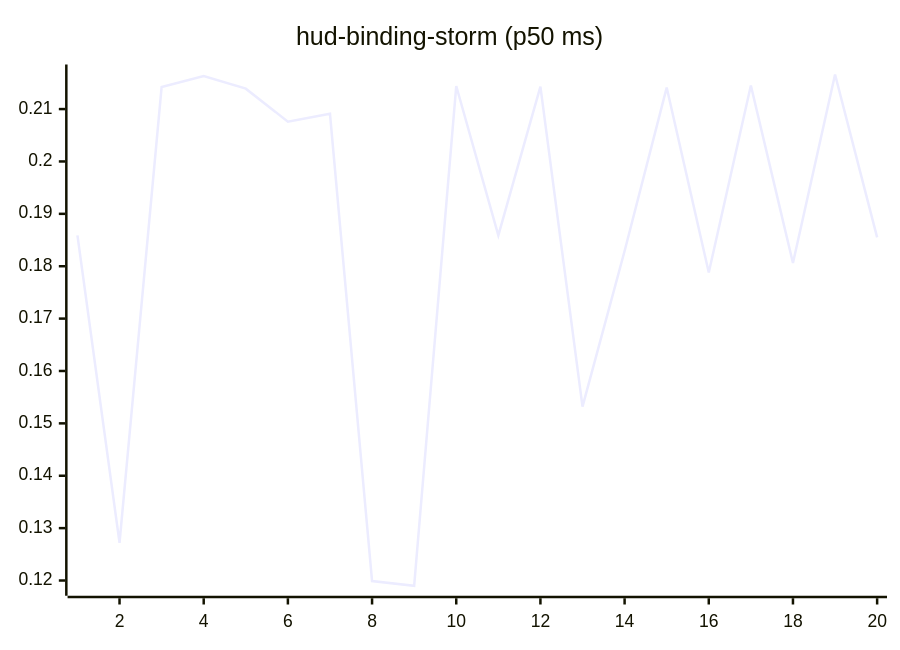
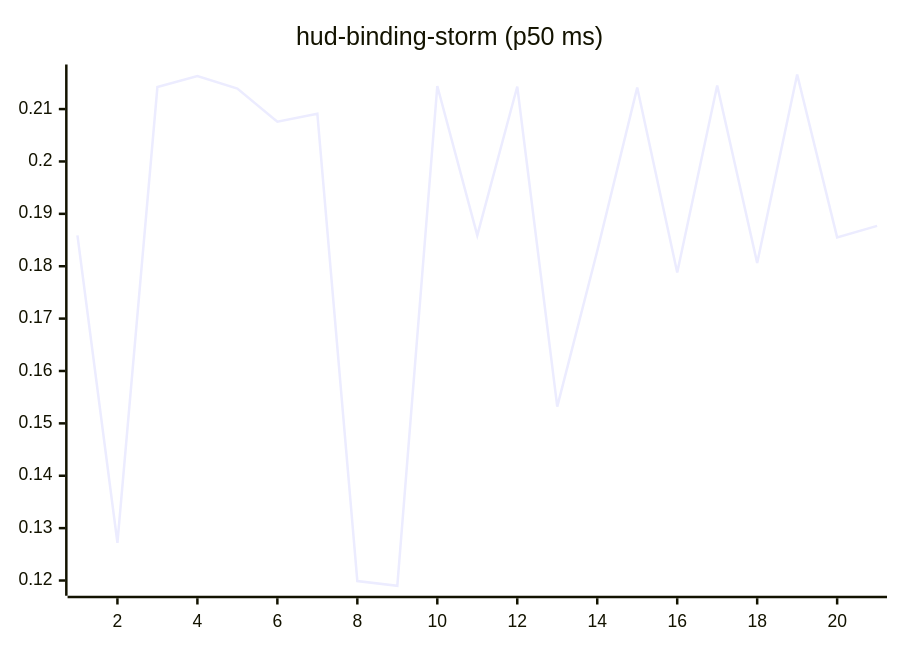
Before and after one commit to josha/Facet: the tenth of 27 diagrams in README.md, drawn with Mermaid. The commit also changed other lines of this file and 2 other files, not shown here.

````diff
--- a/README.md
+++ b/README.md
@@ -126,6 +126,6 @@
 ```mermaid
 xychart-beta
     title "hud-binding-storm (p50 ms)"
-    x-axis 1 --> 20
-    line [0.1859, 0.1272, 0.2142, 0.2163, 0.2139, 0.2076, 0.2091, 0.1199, 0.1190, 0.2144, 0.1859, 0.2143, 0.1532, 0.1829, 0.2141, 0.1788, 0.2145, 0.1806, 0.2166, 0.1855]
+    x-axis 1 --> 21
+    line [0.1859, 0.1272, 0.2142, 0.2163, 0.2139, 0.2076, 0.2091, 0.1199, 0.1190, 0.2144, 0.1859, 0.2143, 0.1532, 0.1829, 0.2141, 0.1788, 0.2145, 0.1806, 0.2166, 0.1855, 0.1877]
 ```
````
